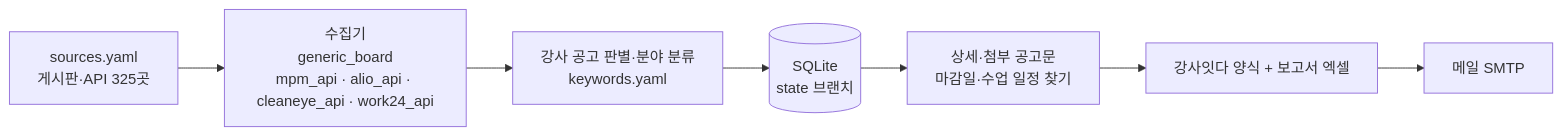
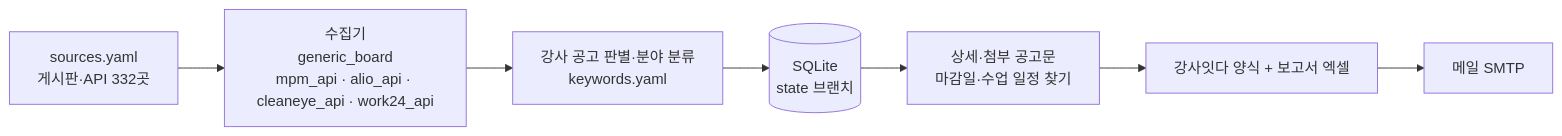
Before and after one commit to thskal17-sudo/busan-school-company: the diagram in docs/DESIGN.md, drawn with Mermaid. The commit also changed other lines of this file and 2 other files, not shown here.

Commit message:
국내 중계로 새로 7곳 넣기 (#44)
수영구청 새올 채용·해운대구립도서관·해운대문화회관·을숙도문화회관·여성문화회관·아동보호종합센터·전포청소년센터.

Claude-Session: https://claude.ai/code/session_01ABtF8N6XNwtgbar6ndGG69

````diff
--- a/docs/DESIGN.md
+++ b/docs/DESIGN.md
@@ -32,9 +32,9 @@
 ```mermaid
 flowchart LR
-    S[sources.yaml<br/>게시판·API 325곳] --> C[수집기<br/>generic_board<br/>mpm_api · alio_api · cleaneye_api · work24_api]
+    S[sources.yaml<br/>게시판·API 332곳] --> C[수집기<br/>generic_board<br/>mpm_api · alio_api · cleaneye_api · work24_api]
     C --> F[강사 공고 판별·분야 분류<br/>keywords.yaml]
     F --> D[(SQLite<br/>state 브랜치)]
     D --> I[상세·첨부 공고문<br/>마감일·수업 일정 찾기]
     I --> X[강사잇다 양식 + 보고서 엑셀]
     X --> M[메일 SMTP]
 ```
````
